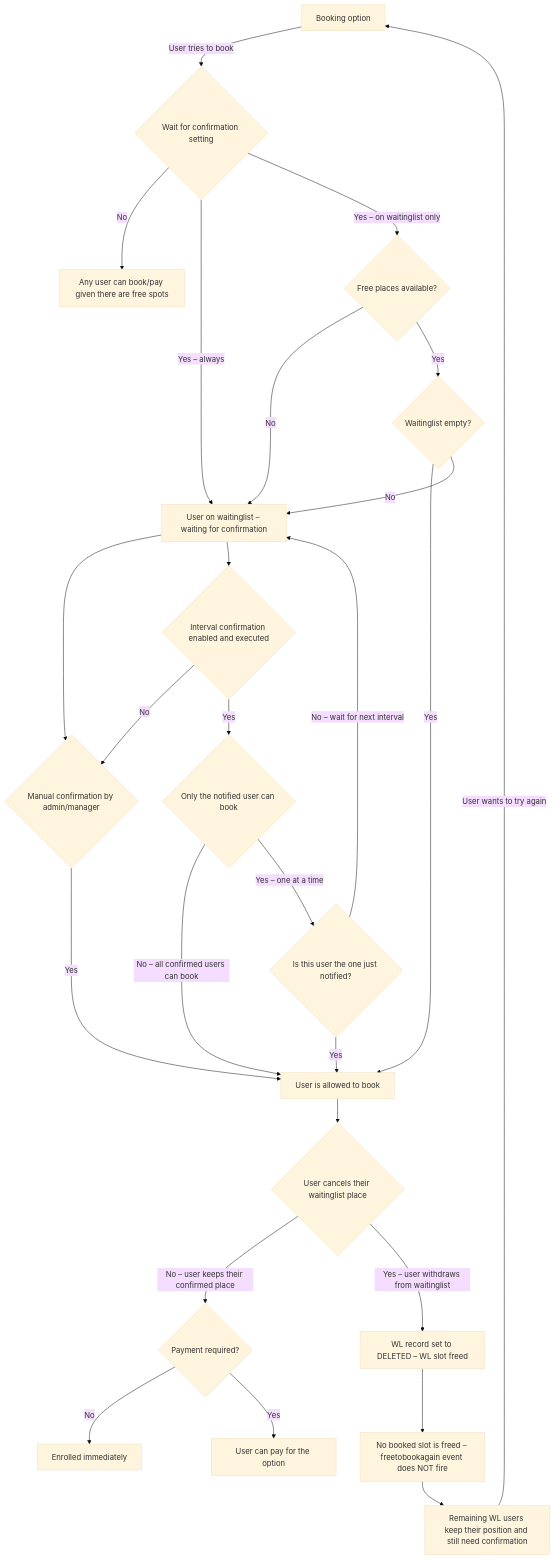
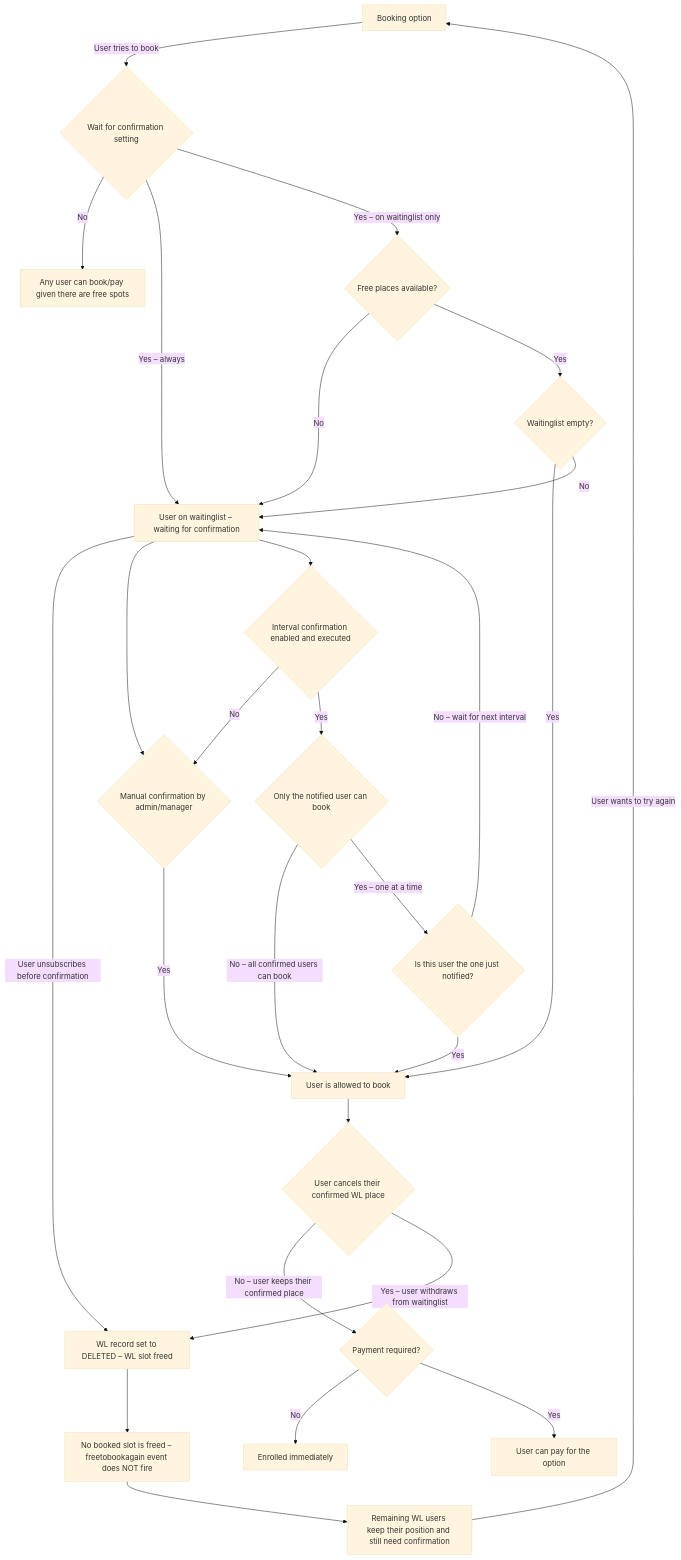
One commit to Wunderbyte-GmbH/moodle-mod_booking changed the diagram in docs/WAITINGLIST_CONFIRMATION_SIMPLE.md. Above: the diagram before and after it, drawn with Mermaid (base theme). The commit also changed other lines of this file, not shown here.

Commit message:
docs: add unconfirmed-WL-unsubscribe path to simple diagram
Agent-Logs-Url: https://github.com/Wunderbyte-GmbH/moodle-mod_booking/sessions/a157093f-5b75-436e-a842-ab17778fa198

````diff
--- a/docs/WAITINGLIST_CONFIRMATION_SIMPLE.md
+++ b/docs/WAITINGLIST_CONFIRMATION_SIMPLE.md
@@ -3,38 +3,40 @@
 ```mermaid
 flowchart TD
     A[Booking option] -->|User tries to book| D{Wait for confirmation setting}
 
     D -->|No| G[Any user can book/pay given there are free spots]
     D -->|Yes – always| F[User on waitinglist – waiting for confirmation]
     D -->|Yes – on waitinglist only| H{Free places available?}
 
     H -->|No| F
     H -->|Yes| I{Waitinglist empty?}
 
     I -->|Yes| J[User is allowed to book]
     I -->|No| F
 
+    F -->|User unsubscribes before confirmation| Q
+
     F --> K{Manual confirmation by admin/manager}
     K -->|Yes| J
 
     F --> L{Interval confirmation enabled and executed}
     L -->|No| K
     L -->|Yes| M{Only the notified user can book}
 
     M -->|No – all confirmed users can book| J
     M -->|Yes – one at a time| N{Is this user the one just notified?}
 
     N -->|Yes| J
     N -->|No – wait for next interval| F
 
-    J --> P{User cancels their waitinglist place}
+    J --> P{User cancels their confirmed WL place}
 
     P -->|No – user keeps their confirmed place| C{Payment required?}
     C -->|No| O[Enrolled immediately]
     C -->|Yes| B[User can pay for the option]
 
     P -->|Yes – user withdraws from waitinglist| Q[WL record set to DELETED – WL slot freed]
     Q --> R[No booked slot is freed – freetobookagain event does NOT fire]
     R --> S[Remaining WL users keep their position and still need confirmation]
     S -->|User wants to try again| A
 ```
````
